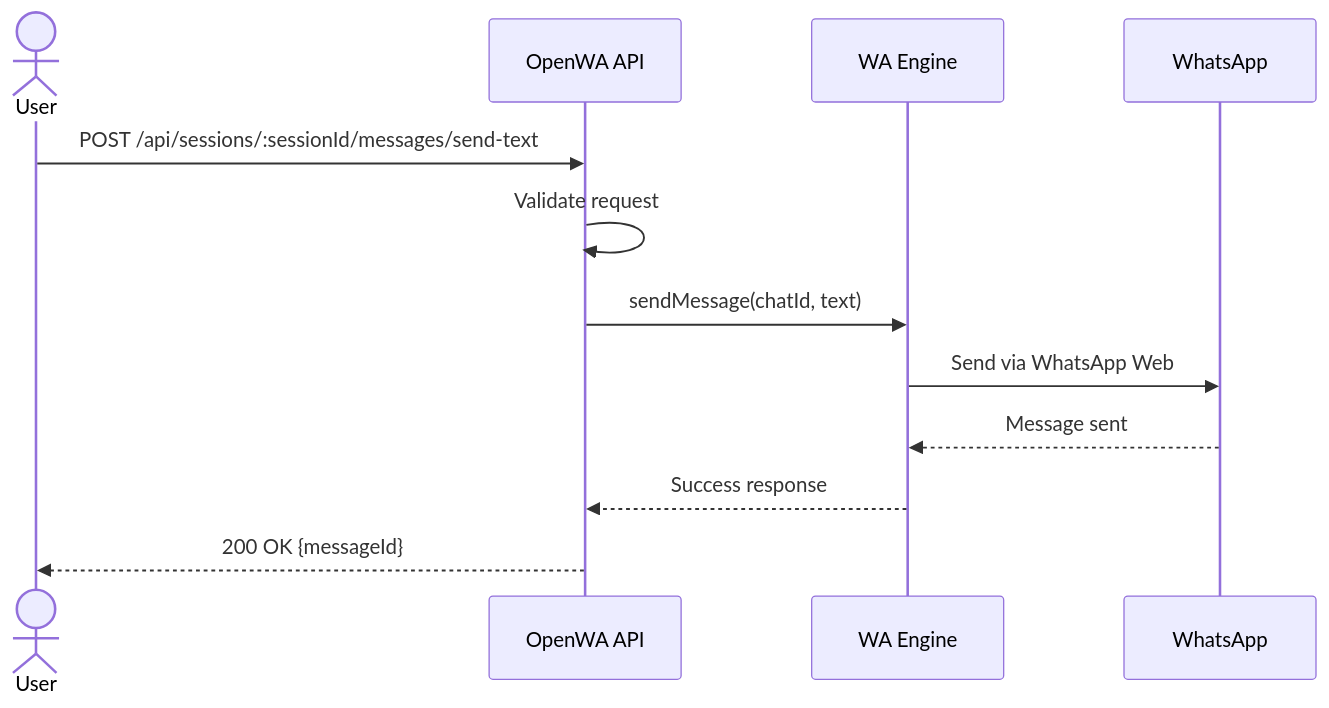
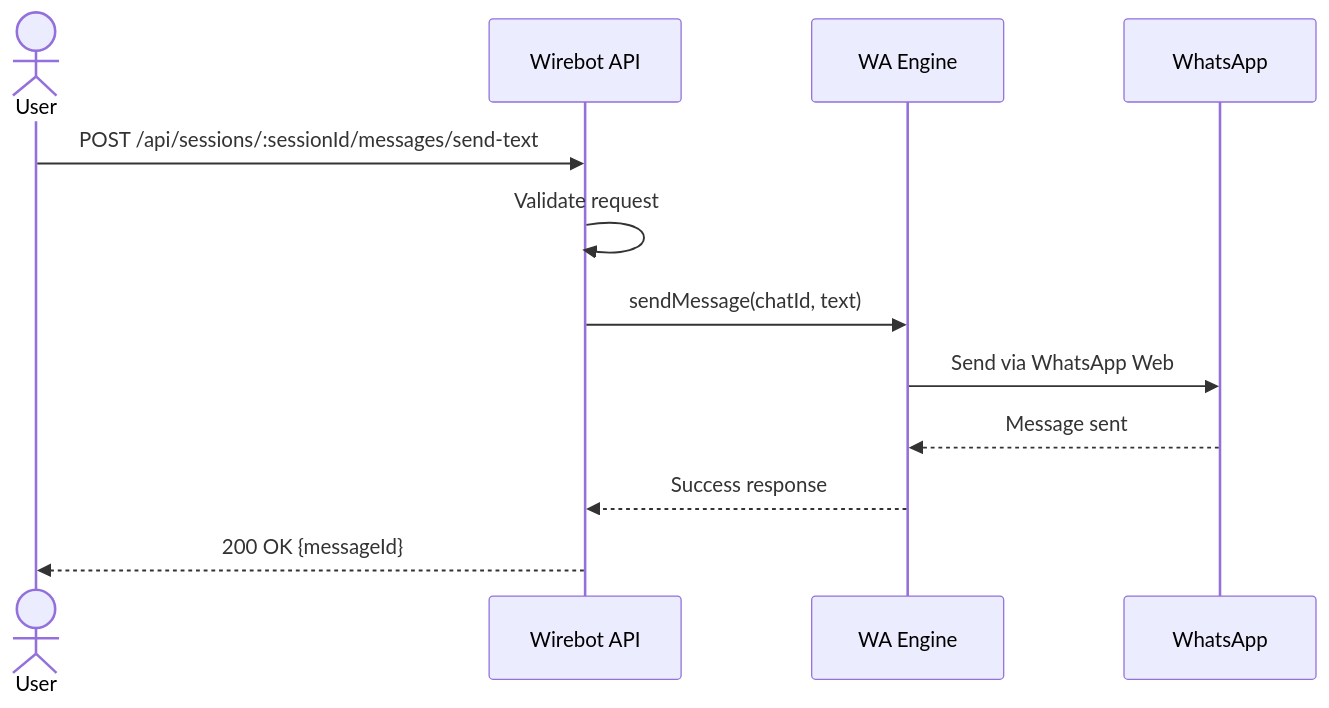
Before and after one commit to Octapus-systems/whatsapp_Dashboard: diagram 11 of 13 in docs/02-requirements-specification.md, drawn with Mermaid. The commit also changed other lines of this file and 86 other files, not shown here.

Commit message:
chore: rebrand OpenWA to Wirebot, attribute to Jishad

````diff
--- a/docs/02-requirements-specification.md
+++ b/docs/02-requirements-specification.md
@@ -378,15 +378,15 @@
 ```mermaid
 sequenceDiagram
     actor User
-    participant API as OpenWA API
+    participant API as Wirebot API
     participant Engine as WA Engine
     participant WA as WhatsApp
     
     User->>API: POST /api/sessions/:sessionId/messages/send-text
     API->>API: Validate request
     API->>Engine: sendMessage(chatId, text)
     Engine->>WA: Send via WhatsApp Web
     WA-->>Engine: Message sent
     Engine-->>API: Success response
     API-->>User: 200 OK {messageId}
 ```
````
